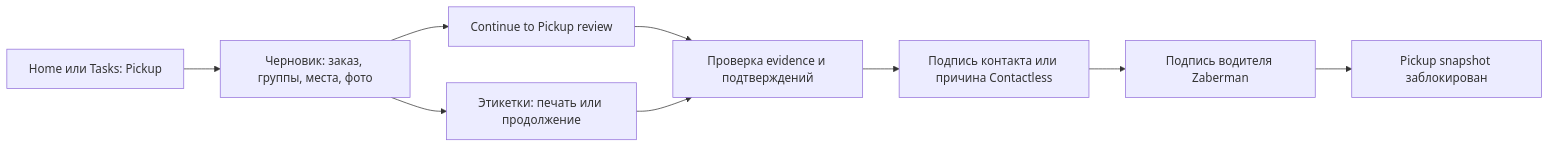
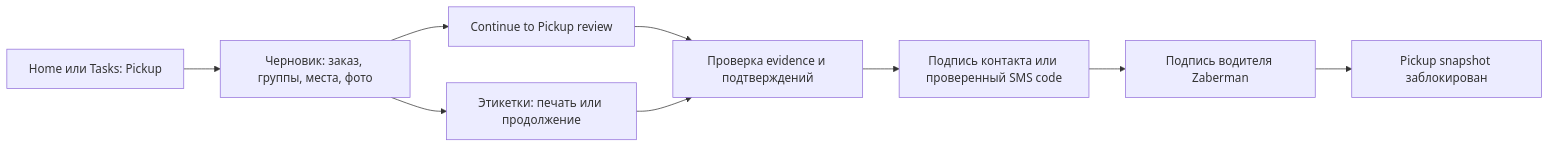
Before and after one commit to yarsuleimenov-code/Mobile_app: the second of 4 diagrams in docs/mobile-app/ru/business-overview.md, drawn with Mermaid. The commit also changed other lines of this file and 50 other files, not shown here.

````diff
--- a/docs/mobile-app/ru/business-overview.md
+++ b/docs/mobile-app/ru/business-overview.md
@@ -40,11 +54,11 @@
 ```mermaid
 flowchart LR
   A["Home или Tasks: Pickup"] --> B["Черновик: заказ, группы, места, фото"]
   B --> C["Continue to Pickup review"]
   C --> D["Проверка evidence и подтверждений"]
-  D --> E["Подпись контакта или причина Contactless"]
+  D --> E["Подпись контакта или проверенный SMS code"]
   E --> F["Подпись водителя Zaberman"]
   F --> G["Pickup snapshot заблокирован"]
   B --> L["Этикетки: печать или продолжение"]
   L --> D
 ```
````
